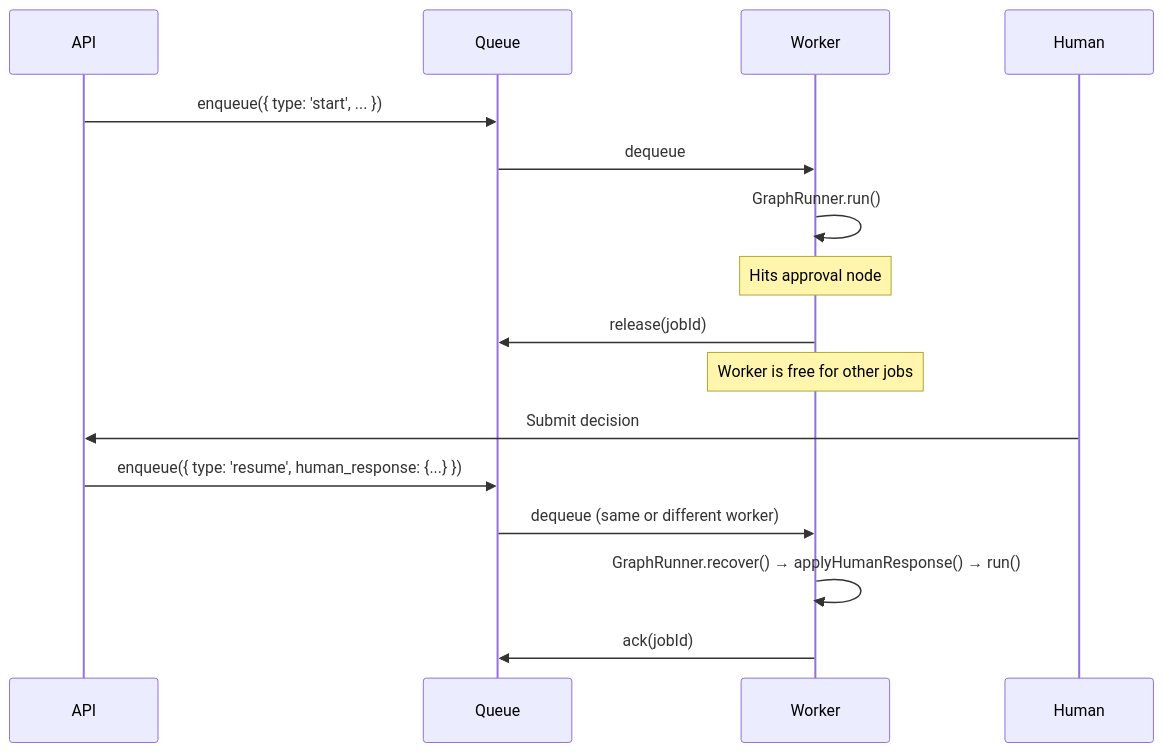
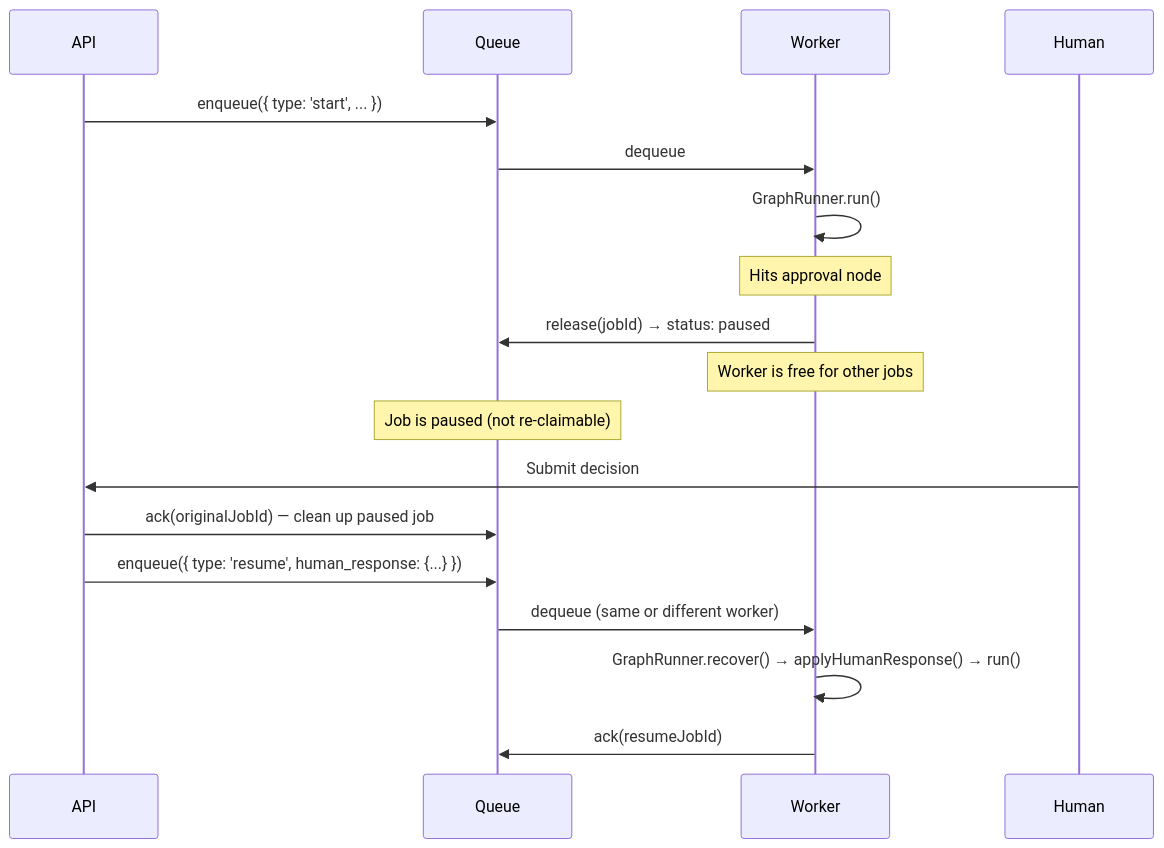
One commit to wmcmahan/mc-ai changed the second of 2 diagrams in apps/docs/src/content/docs/concepts/distributed-execution.md. Above: the diagram before and after it, drawn with Mermaid. The commit also changed other lines of this file and 16 other files, not shown here.

````diff
--- a/apps/docs/src/content/docs/concepts/distributed-execution.md
+++ b/apps/docs/src/content/docs/concepts/distributed-execution.md
@@ -134,20 +134,22 @@
 ```mermaid
 sequenceDiagram
     participant API
     participant Queue
     participant Worker
     participant Human
 
     API->>Queue: enqueue({ type: 'start', ... })
     Queue->>Worker: dequeue
     Worker->>Worker: GraphRunner.run()
     Note over Worker: Hits approval node
-    Worker->>Queue: release(jobId)
+    Worker->>Queue: release(jobId) → status: paused
     Note over Worker: Worker is free for other jobs
+    Note over Queue: Job is paused (not re-claimable)
 
     Human->>API: Submit decision
+    API->>Queue: ack(originalJobId) — clean up paused job
     API->>Queue: enqueue({ type: 'resume', human_response: {...} })
     Queue->>Worker: dequeue (same or different worker)
     Worker->>Worker: GraphRunner.recover() → applyHumanResponse() → run()
-    Worker->>Queue: ack(jobId)
+    Worker->>Queue: ack(resumeJobId)
 ```
````
